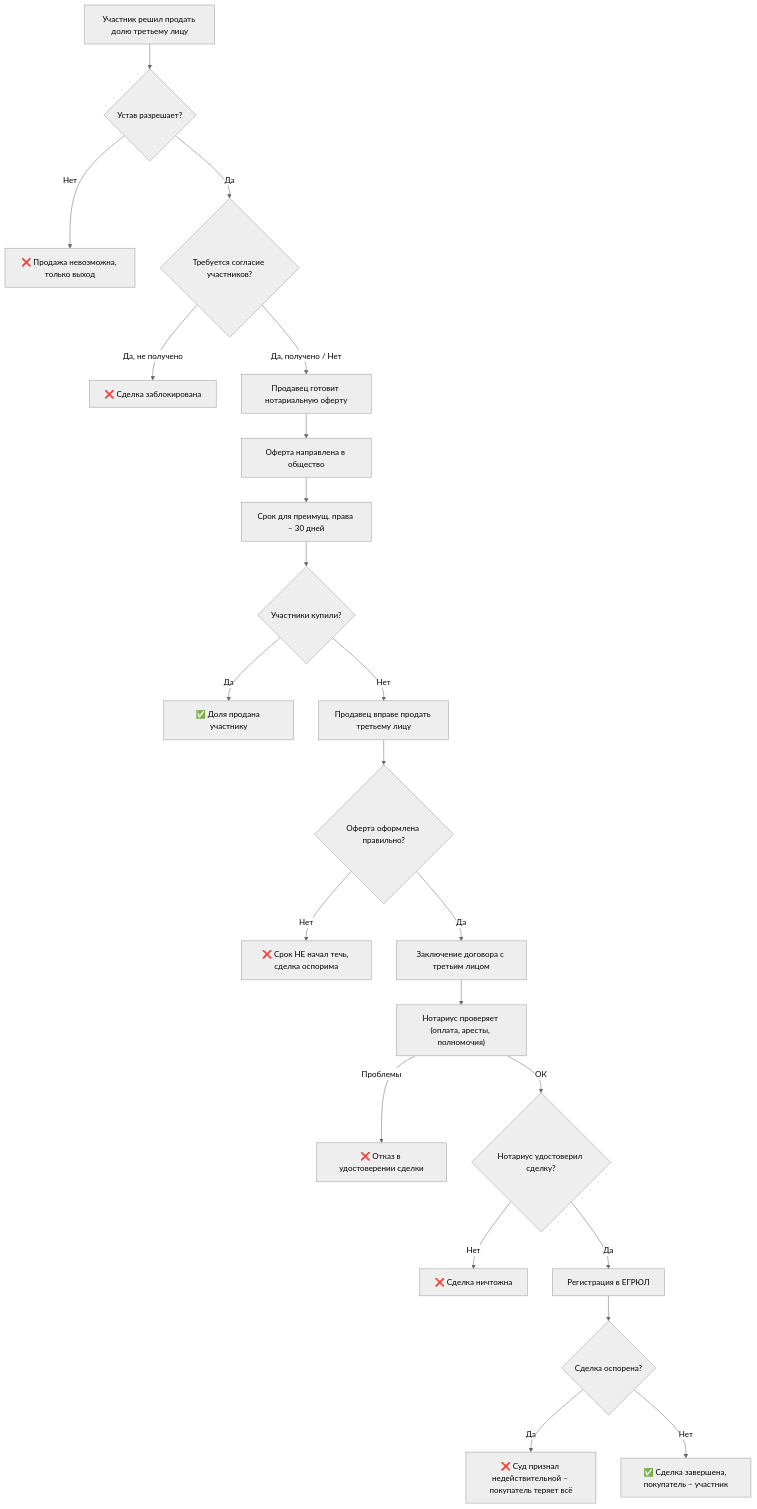
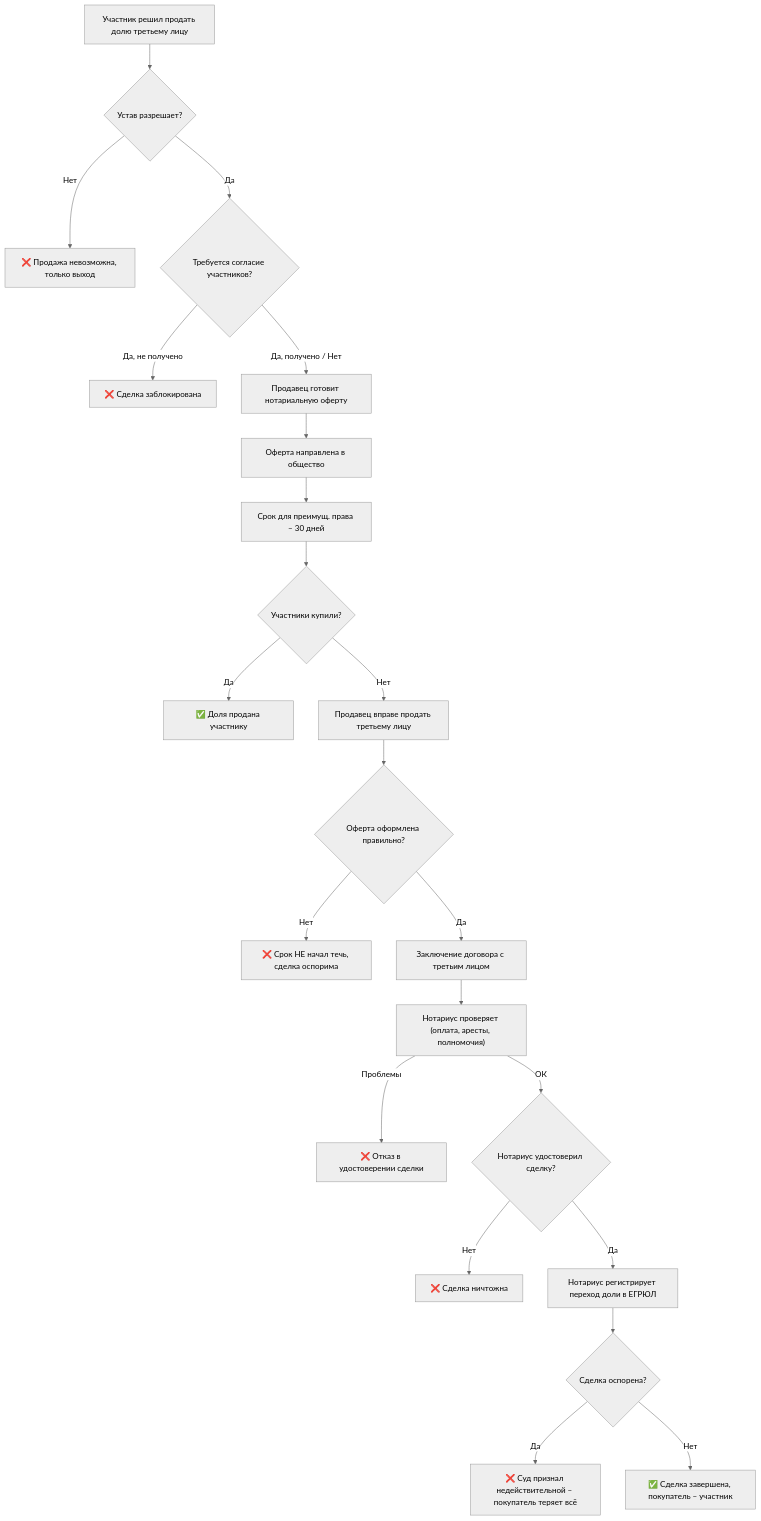
The second of 4 diagrams in docs/business-processes/llc-share-purchase-sale.md (arsenyuk/SamorodinkaTech.Fiducia), drawn with Mermaid (neutral theme) before and after one commit. The commit also changed other lines of this file, not shown here.

Commit message:
docs(llc): уточнить узлы ЕГРЮЛ — что регистрируем (переход доли) и кто (нотариус)

````diff
--- a/docs/business-processes/llc-share-purchase-sale.md
+++ b/docs/business-processes/llc-share-purchase-sale.md
@@ -166,24 +166,24 @@
 ```mermaid
 flowchart TD
     A["Участник решил продать долю третьему лицу"] --> B{Устав разрешает?}
     B -->|Нет| C["❌ Продажа невозможна, только выход"]
     B -->|Да| D{Требуется согласие участников?}
     D -->|"Да, не получено"| E["❌ Сделка заблокирована"]
     D -->|"Да, получено / Нет"| F["Продавец готовит нотариальную оферту"]
     F --> G["Оферта направлена в общество"]
     G --> H["Срок для преимущ. права – 30 дней"]
     H --> I{Участники купили?}
     I -->|Да| J["✅ Доля продана участнику"]
     I -->|Нет| K["Продавец вправе продать третьему лицу"]
     K --> L{Оферта оформлена правильно?}
     L -->|Нет| M["❌ Срок НЕ начал течь, сделка оспорима"]
     L -->|Да| N["Заключение договора с третьим лицом"]
     N --> Q["Нотариус проверяет (оплата, аресты, полномочия)"]
     Q -->|Проблемы| R["❌ Отказ в удостоверении сделки"]
     Q -->|ОК| O{Нотариус удостоверил сделку?}
     O -->|Нет| P["❌ Сделка ничтожна"]
-    O -->|Да| S["Регистрация в ЕГРЮЛ"]
+    O -->|Да| S["Нотариус регистрирует переход доли в ЕГРЮЛ"]
     S --> T{Сделка оспорена?}
     T -->|Да| U["❌ Суд признал недействительной – покупатель теряет всё"]
     T -->|Нет| V["✅ Сделка завершена, покупатель – участник"]
 ```
````
